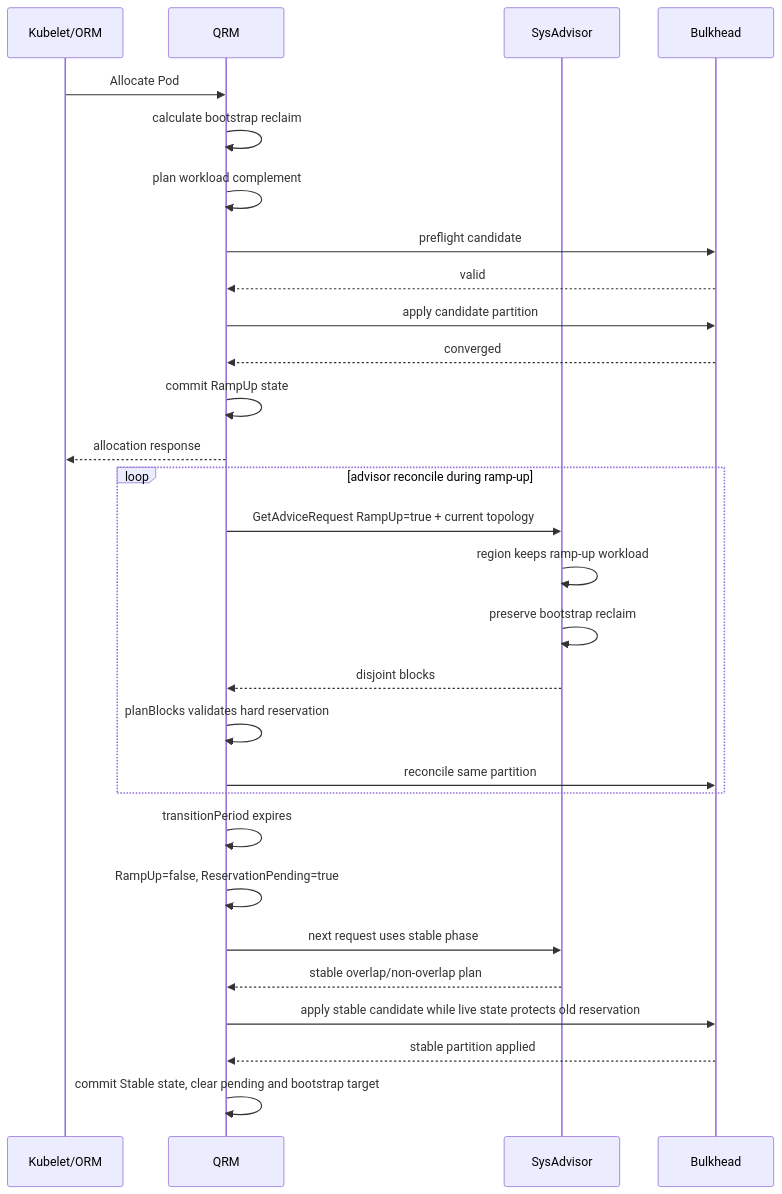
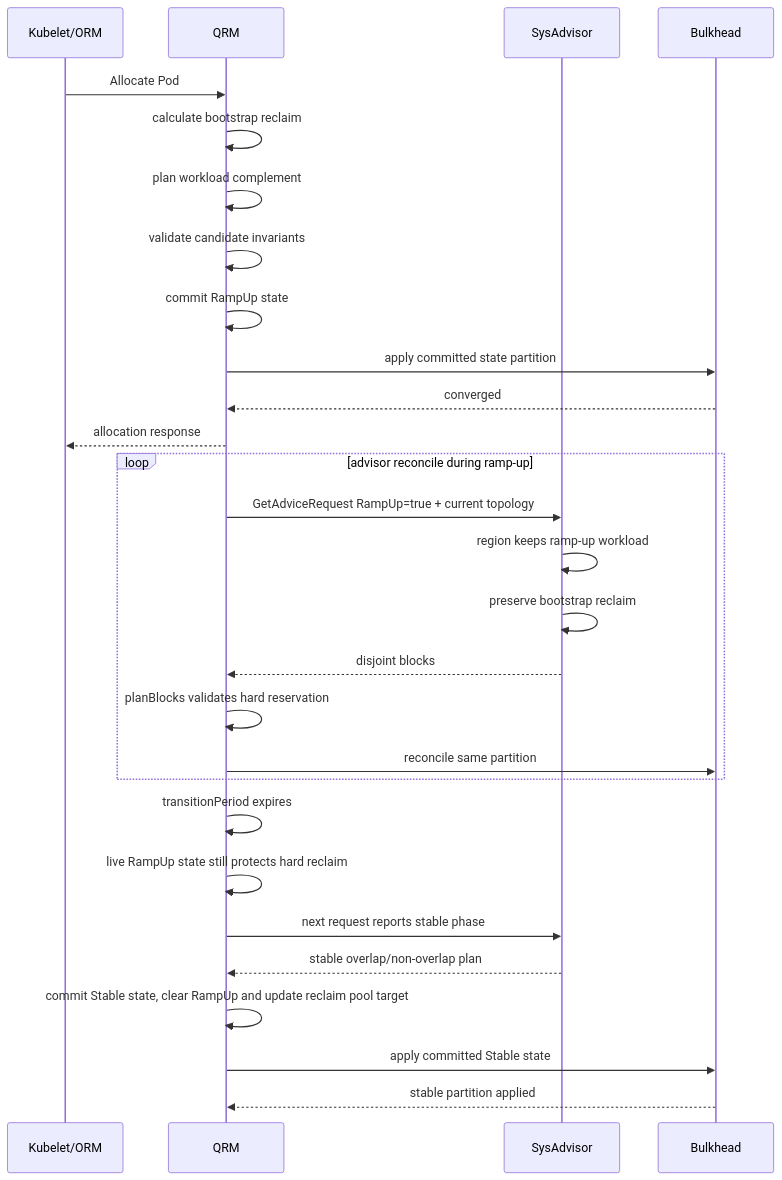
Before and after one commit to kubewharf/katalyst-core: the fourth of 4 diagrams in docs/superpowers/specs/2026-07-30-ramp-up-reclaim-complete-design.md, drawn with Mermaid. The commit also changed other lines of this file and 5 other files, not shown here.

Commit message:
docs: update ramp-up reclaim hard partition design

````diff
--- a/docs/superpowers/specs/2026-07-30-ramp-up-reclaim-complete-design.md
+++ b/docs/superpowers/specs/2026-07-30-ramp-up-reclaim-complete-design.md
@@ -830,34 +839,33 @@
 ```mermaid
 sequenceDiagram
     participant K as Kubelet/ORM
     participant Q as QRM
     participant A as SysAdvisor
     participant H as Bulkhead
 
     K->>Q: Allocate Pod
     Q->>Q: calculate bootstrap reclaim
     Q->>Q: plan workload complement
-    Q->>H: preflight candidate
-    H-->>Q: valid
-    Q->>H: apply candidate partition
+    Q->>Q: validate candidate invariants
+    Q->>Q: commit RampUp state
+    Q->>H: apply committed state partition
     H-->>Q: converged
-    Q->>Q: commit RampUp state
     Q-->>K: allocation response
 
     loop advisor reconcile during ramp-up
         Q->>A: GetAdviceRequest RampUp=true + current topology
         A->>A: region keeps ramp-up workload
         A->>A: preserve bootstrap reclaim
         A-->>Q: disjoint blocks
         Q->>Q: planBlocks validates hard reservation
         Q->>H: reconcile same partition
     end
 
     Q->>Q: transitionPeriod expires
-    Q->>Q: RampUp=false, ReservationPending=true
-    Q->>A: next request uses stable phase
+    Q->>Q: live RampUp state still protects hard reclaim
+    Q->>A: next request reports stable phase
     A-->>Q: stable overlap/non-overlap plan
-    Q->>H: apply stable candidate while live state protects old reservation
+    Q->>Q: commit Stable state, clear RampUp and update reclaim pool target
+    Q->>H: apply committed Stable state
     H-->>Q: stable partition applied
-    Q->>Q: commit Stable state, clear pending and bootstrap target
 ```
````
